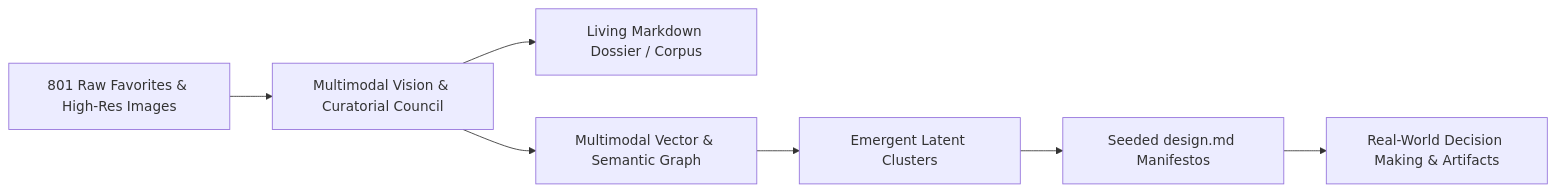
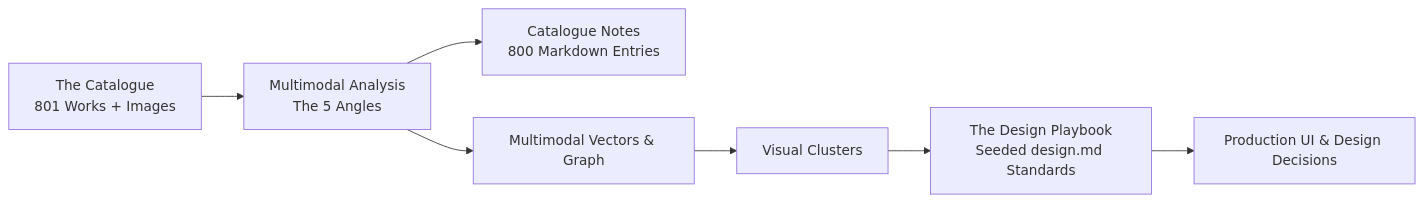
Before and after one commit to originallgb/art-precepts-design: the diagram in Google Arts & Culture/plans/draft_plan_1_design_precepts.md, drawn with Mermaid. The commit also changed other lines of this file and 1 other file, not shown here.

Commit message:
docs: finalize clean architecture vocabulary (Catalogue, Angles, Precepts, Heuristics, Playbook, Standards)

````diff
--- a/Google Arts & Culture/plans/draft_plan_1_design_precepts.md
+++ b/Google Arts & Culture/plans/draft_plan_1_design_precepts.md
@@ -19,9 +20,9 @@
 ```mermaid
 flowchart LR
-    A[801 Raw Favorites & High-Res Images] --> B[Multimodal Vision & Curatorial Council]
-    B --> C[Living Markdown Dossier / Corpus]
-    B --> D[Multimodal Vector & Semantic Graph]
-    D --> E[Emergent Latent Clusters]
-    E --> F[Seeded design.md Manifestos]
-    F --> G[Real-World Decision Making & Artifacts]
+    A[The Catalogue<br/>801 Works + Images] --> B[Multimodal Analysis<br/>The 5 Angles]
+    B --> C[Catalogue Notes<br/>800 Markdown Entries]
+    B --> D[Multimodal Vectors & Graph]
+    D --> E[Visual Clusters]
+    E --> F[The Design Playbook<br/>Seeded design.md Standards]
+    F --> G[Production UI & Design Decisions]
 ```
````
